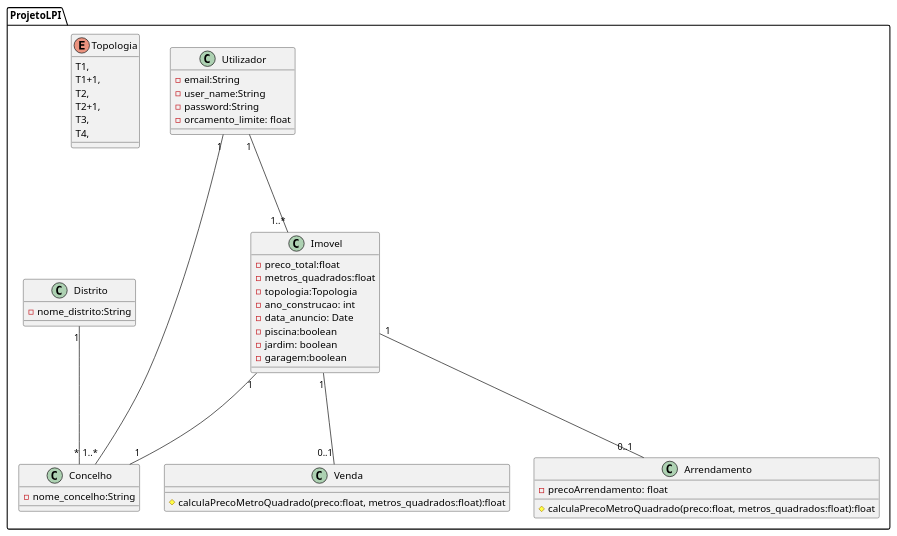
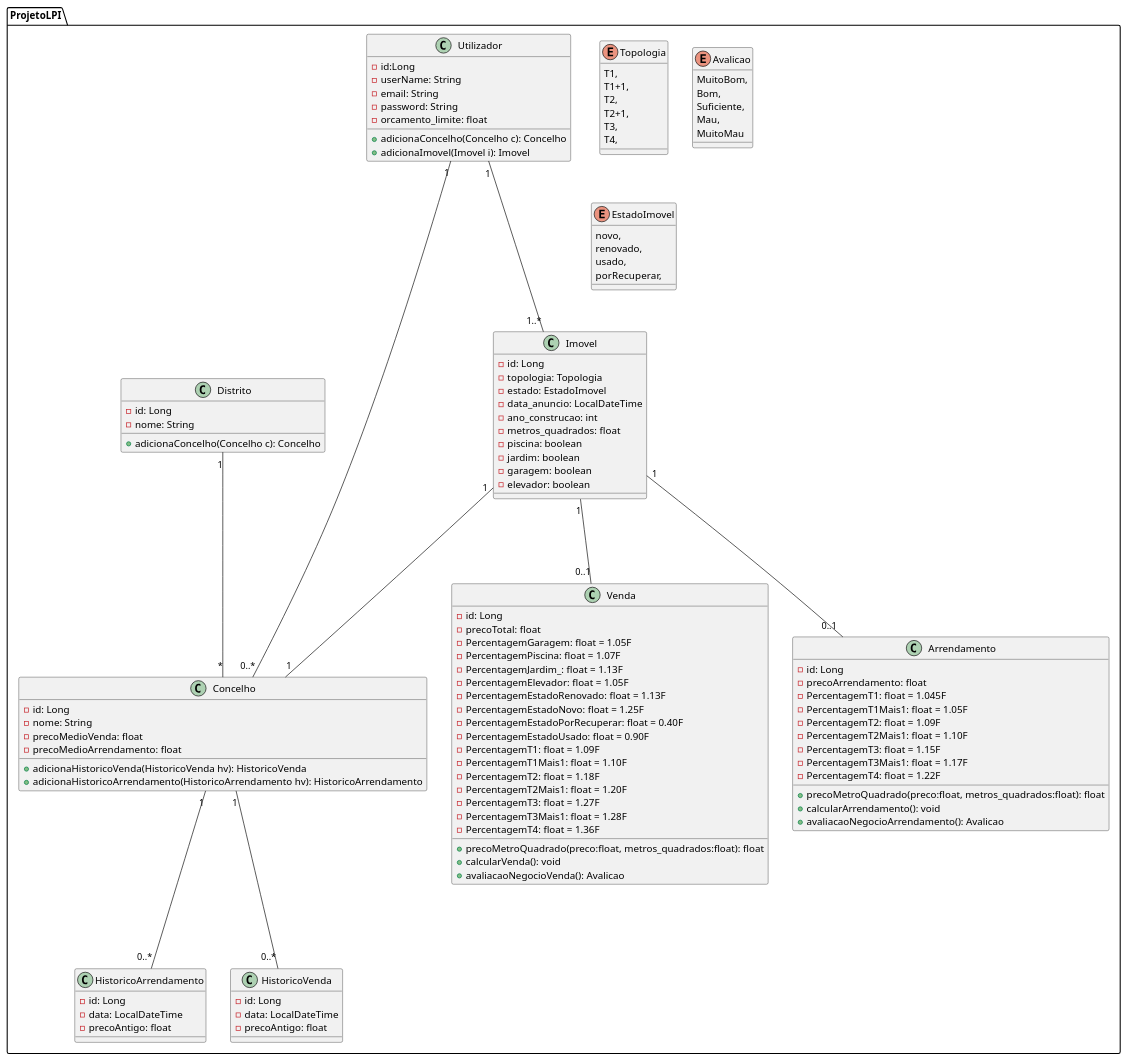
The diagram in src/main/Documentos/DiagramaClasses.puml (JorgeSilva97/ProjetoFinal-iMoWoW), drawn with PlantUML before and after one commit. The commit also changed 7 other files, not shown here.

Commit message:
uml e modificacoes esteticas de codigo

```diff
--- a/src/main/Documentos/DiagramaClasses.puml
+++ b/src/main/Documentos/DiagramaClasses.puml
@@ -2,62 +2,138 @@
 @startuml projeto
 
 package ProjetoLPI{
 
 
 class Utilizador
 {
-    - email:String
-    - user_name:String
-    - password:String
+    - id:Long
+    - userName: String
+    - email: String
+    - password: String
     - orcamento_limite: float
+    + adicionaConcelho(Concelho c): Concelho
+    + adicionaImovel(Imovel i): Imovel
 }
 
-class Imovel{
-    - preco_total:float
-    - metros_quadrados:float
-    - topologia:Topologia
+class Imovel
+{
+    - id: Long
+    - topologia: Topologia
+    - estado: EstadoImovel
+    - data_anuncio: LocalDateTime
     - ano_construcao: int
-    - data_anuncio: Date
-    - piscina:boolean
+    - metros_quadrados: float
+    - piscina: boolean
     - jardim: boolean
-    - garagem:boolean
+    - garagem: boolean
+    - elevador: boolean
 }
 
 class Venda{
-    # calculaPrecoMetroQuadrado(preco:float, metros_quadrados:float):float
+    - id: Long
+    - precoTotal: float
+    - PercentagemGaragem: float = 1.05F
+    - PercentagemPiscina: float = 1.07F
+    - PercentagemJardim_: float = 1.13F
+    - PercentagemElevador: float = 1.05F
+    - PercentagemEstadoRenovado: float = 1.13F
+    - PercentagemEstadoNovo: float = 1.25F
+    - PercentagemEstadoPorRecuperar: float = 0.40F
+    - PercentagemEstadoUsado: float = 0.90F
+    - PercentagemT1: float = 1.09F
+    - PercentagemT1Mais1: float = 1.10F
+    - PercentagemT2: float = 1.18F
+    - PercentagemT2Mais1: float = 1.20F
+    - PercentagemT3: float = 1.27F
+    - PercentagemT3Mais1: float = 1.28F
+    - PercentagemT4: float = 1.36F
+    + precoMetroQuadrado(preco:float, metros_quadrados:float): float
+    + calcularVenda(): void
+    + avaliacaoNegocioVenda(): Avalicao
 }
 
 class Arrendamento{
+    - id: Long
     - precoArrendamento: float
-    # calculaPrecoMetroQuadrado(preco:float, metros_quadrados:float):float
+    - PercentagemT1: float = 1.045F
+    - PercentagemT1Mais1: float = 1.05F
+    - PercentagemT2: float = 1.09F
+    - PercentagemT2Mais1: float = 1.10F
+    - PercentagemT3: float = 1.15F
+    - PercentagemT3Mais1: float = 1.17F
+    - PercentagemT4: float = 1.22F
+    + precoMetroQuadrado(preco:float, metros_quadrados:float): float
+    + calcularArrendamento(): void
+    + avaliacaoNegocioArrendamento(): Avalicao
+}
+
+class HistoricoArrendamento
+{
+    - id: Long
+    - data: LocalDateTime
+    - precoAntigo: float
+}
+
+class HistoricoVenda
+{
+    - id: Long
+    - data: LocalDateTime
+    - precoAntigo: float
 }
 
 class Concelho{
-    - nome_concelho:String
+    - id: Long
+    - nome: String
+    - precoMedioVenda: float
+    - precoMedioArrendamento: float
+    + adicionaHistoricoVenda(HistoricoVenda hv): HistoricoVenda
+    + adicionaHistoricoArrendamento(HistoricoArrendamento hv): HistoricoArrendamento
 }
 
-class Distrito{
-    - nome_distrito:String
+class Distrito
+{
+    - id: Long
+    - nome: String
+    + adicionaConcelho(Concelho c): Concelho
 }
 
 enum Topologia{
     T1,
     T1+1,
     T2,
     T2+1,
     T3,
     T4,
 }
 
+enum Avalicao
+{
+    MuitoBom,
+    Bom,
+    Suficiente,
+    Mau,
+    MuitoMau
+}
+
+enum EstadoImovel
+{
+    novo,
+    renovado,
+    usado,
+    porRecuperar,
+}
+
 
 
 Imovel "1" --- "0..1" Venda
 Imovel "1" --- "0..1" Arrendamento
+Imovel "1" --- "1" Concelho
 Utilizador "1" --- "1..*" Imovel
-Utilizador "1" --- "1..*" Concelho
+Utilizador "1" --- "0..*" Concelho
 Distrito "1" --- "*" Concelho
-Imovel "1" --- "1" Concelho
+Concelho "1" --- "0..*" HistoricoVenda
+Concelho "1" --- "0..*" HistoricoArrendamento
 
 }
 
 @enduml
```
